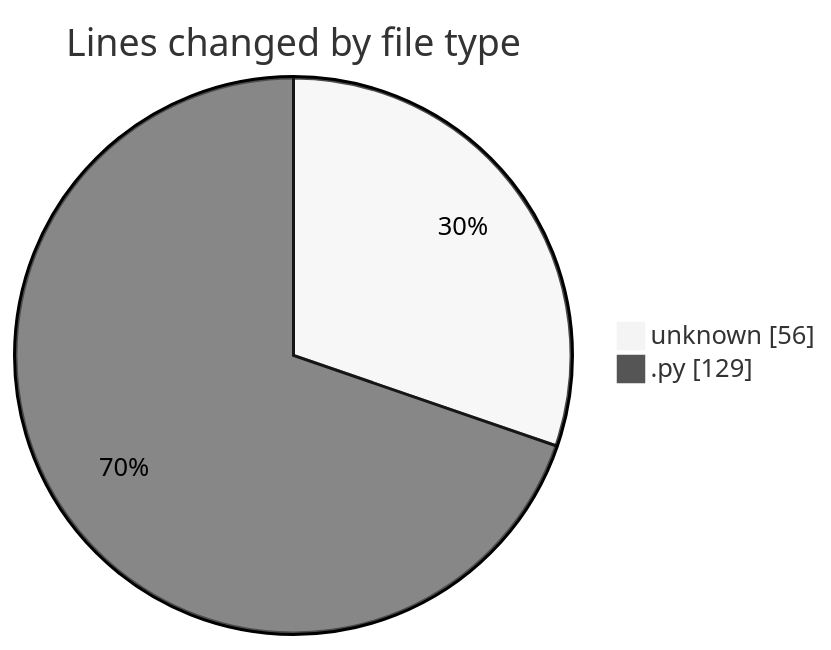
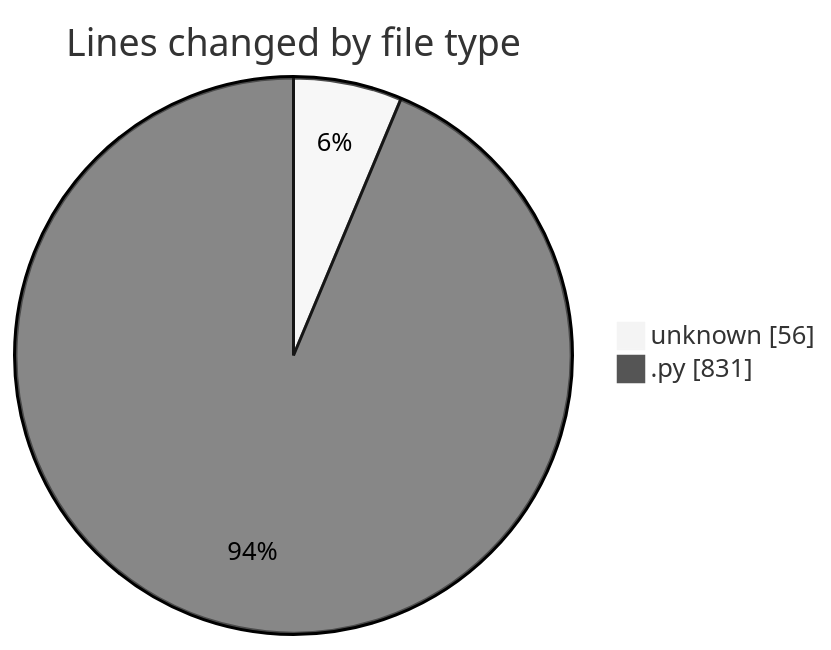
One commit to julien-gomy/code-tracking changed the first of 2 diagrams in 2025-11-26/eventscop-api-guide__workspace_/README.md. Above: the diagram before and after it, drawn with Mermaid (neutral theme). The commit also changed other lines of this file and 1 other file, not shown here.

````diff
--- a/2025-11-26/eventscop-api-guide__workspace_/README.md
+++ b/2025-11-26/eventscop-api-guide__workspace_/README.md
@@ -21,6 +22,6 @@
 ```mermaid
 pie showData
 title Lines changed by file type
 "unknown" : 56
-".py" : 129
+".py" : 831
 ```
````
